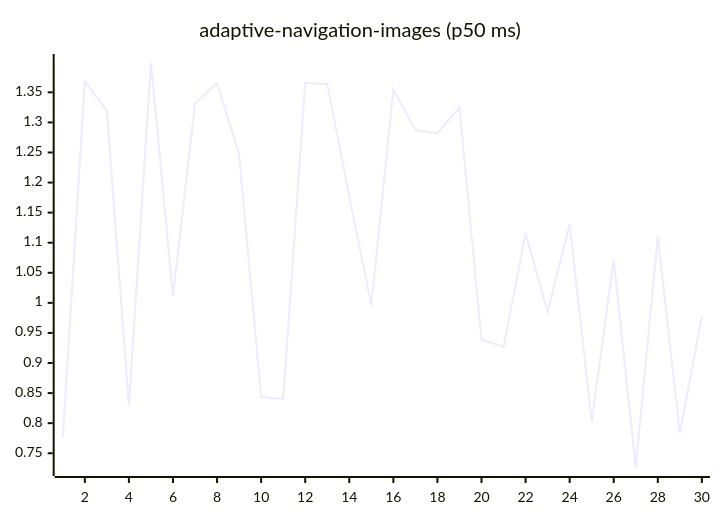
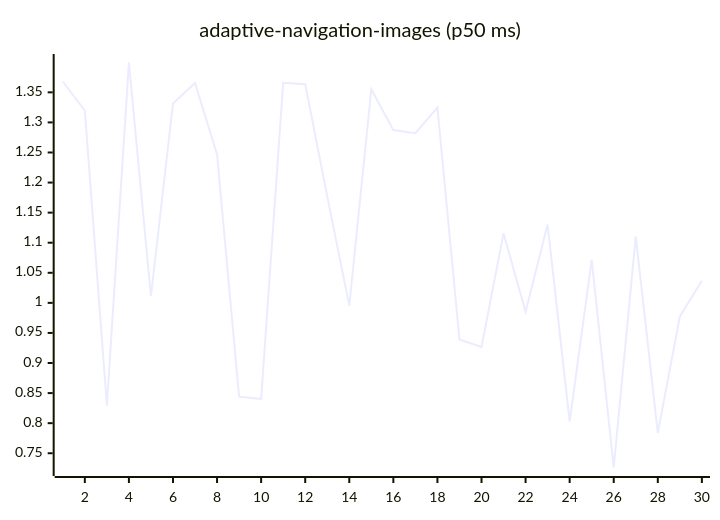
One commit to josha/Facet changed the first of 27 diagrams in README.md. Above: the diagram before and after it, drawn with Mermaid. The commit also changed other lines of this file and 2 other files, not shown here.

````diff
--- a/README.md
+++ b/README.md
@@ -63,6 +63,6 @@
 ```mermaid
 xychart-beta
     title "adaptive-navigation-images (p50 ms)"
     x-axis 1 --> 30
-    line [0.7758, 1.3680, 1.3197, 0.8291, 1.3996, 1.0110, 1.3313, 1.3656, 1.2466, 0.8441, 0.8400, 1.3659, 1.3636, 1.1770, 0.9954, 1.3550, 1.2872, 1.2820, 1.3247, 0.9391, 0.9267, 1.1155, 0.9853, 1.1303, 0.8026, 1.0713, 0.7263, 1.1106, 0.7839, 0.9774]
+    line [1.3680, 1.3197, 0.8291, 1.3996, 1.0110, 1.3313, 1.3656, 1.2466, 0.8441, 0.8400, 1.3659, 1.3636, 1.1770, 0.9954, 1.3550, 1.2872, 1.2820, 1.3247, 0.9391, 0.9267, 1.1155, 0.9853, 1.1303, 0.8026, 1.0713, 0.7263, 1.1106, 0.7839, 0.9774, 1.0368]
 ```
````
